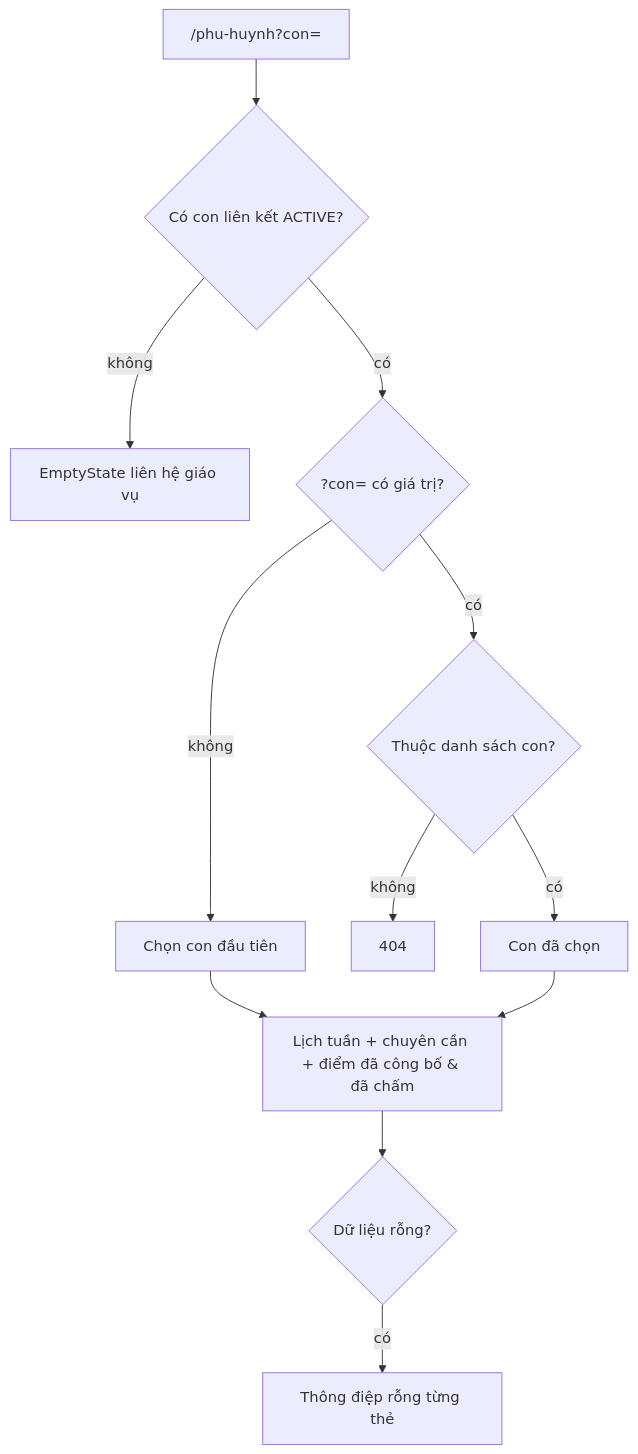
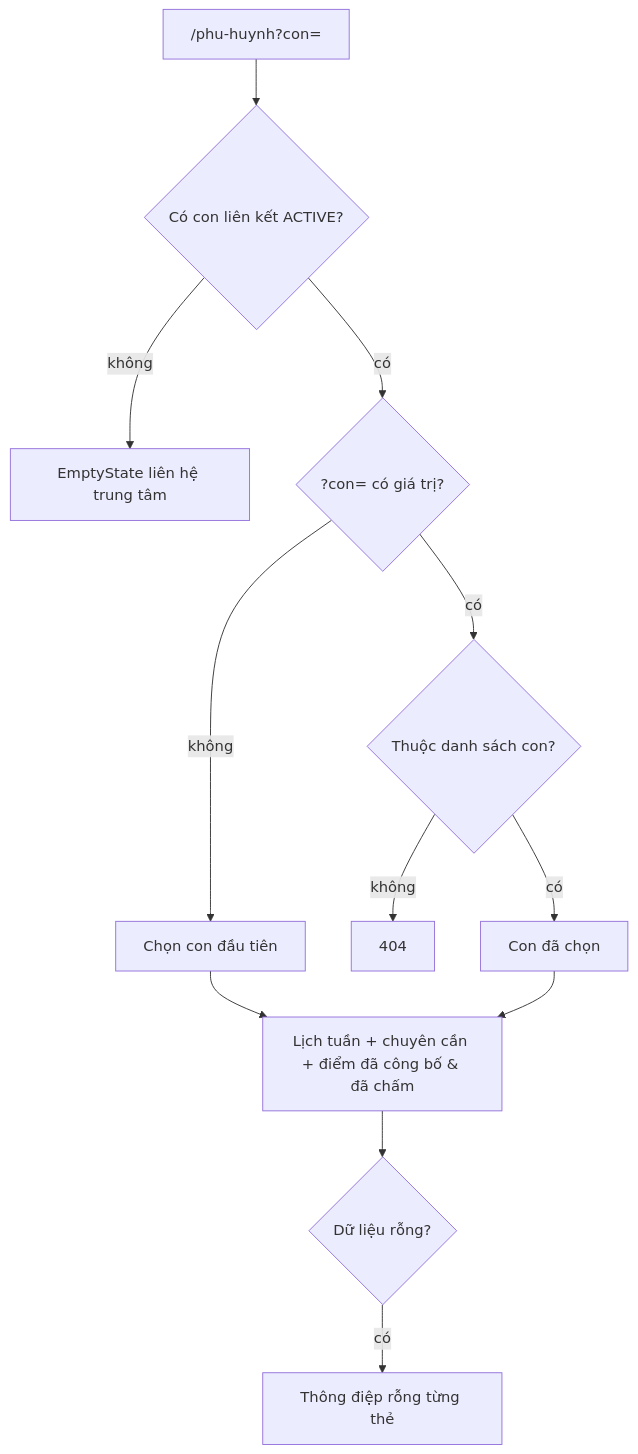
Before and after one commit to Huutuyen205/CoreLinkAcademy: diagram 11 of 12 in docs/07-user-flows-and-logic-diagrams.md, drawn with Mermaid. The commit also changed other lines of this file and 97 other files, not shown here.

````diff
--- a/docs/07-user-flows-and-logic-diagrams.md
+++ b/docs/07-user-flows-and-logic-diagrams.md
@@ -322,14 +322,14 @@
 ```mermaid
 flowchart TD
   A["/phu-huynh?con="] --> B{Có con liên kết ACTIVE?}
-  B -- không --> E[EmptyState liên hệ giáo vụ]
+  B -- không --> E[EmptyState liên hệ trung tâm]
   B -- có --> C{?con= có giá trị?}
   C -- không --> D[Chọn con đầu tiên]
   C -- có --> F{Thuộc danh sách con?}
   F -- không --> X[404]
   F -- có --> D2[Con đã chọn]
   D --> G[Lịch tuần + chuyên cần + điểm đã công bố & đã chấm]
   D2 --> G
   G --> H{Dữ liệu rỗng?}
   H -- có --> EM[Thông điệp rỗng từng thẻ]
 ```
````
